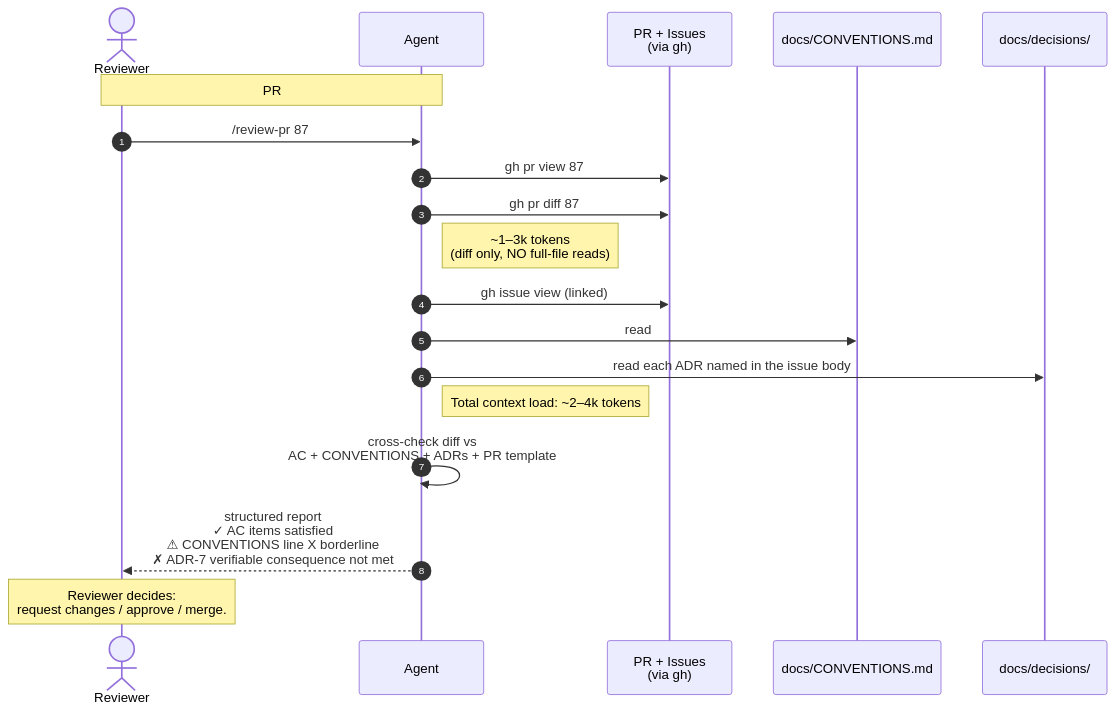
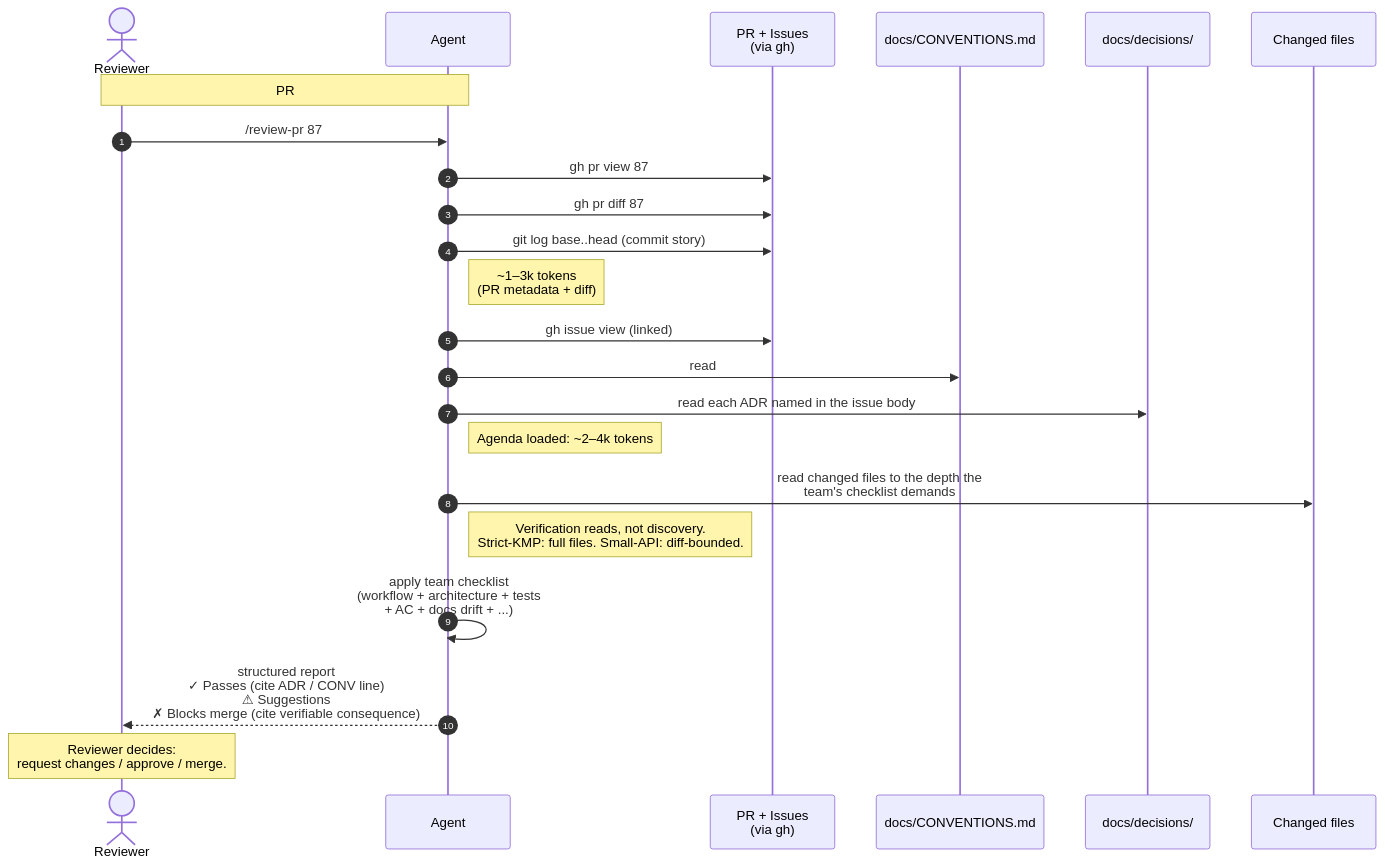
One commit to albertomarturelo/context-first-development changed the fifth of 5 diagrams in docs/session-flow.md. Above: the diagram before and after it, drawn with Mermaid. The commit also changed other lines of this file and 3 other files, not shown here.

````diff
--- a/docs/session-flow.md
+++ b/docs/session-flow.md
@@ -206,27 +208,32 @@
 ```mermaid
 sequenceDiagram
     autonumber
     actor R as Reviewer
     participant A as Agent
     participant ISS as PR + Issues<br/>(via gh)
     participant CONV as docs/CONVENTIONS.md
     participant ADRs as docs/decisions/
+    participant CODE as Changed files
 
     Note over R,A: PR #87 is open. Ready for review.
 
     R->>A: /review-pr 87
     A->>ISS: gh pr view 87
     A->>ISS: gh pr diff 87
-    Note right of A: ~1–3k tokens<br/>(diff only, NO full-file reads)
+    A->>ISS: git log base..head (commit story)
+    Note right of A: ~1–3k tokens<br/>(PR metadata + diff)
 
     A->>ISS: gh issue view (linked)
     A->>CONV: read
     A->>ADRs: read each ADR named in the issue body
-    Note right of A: Total context load: ~2–4k tokens
+    Note right of A: Agenda loaded: ~2–4k tokens
 
-    A->>A: cross-check diff vs<br/>AC + CONVENTIONS + ADRs + PR template
+    A->>CODE: read changed files to the depth the<br/>team's checklist demands
+    Note right of A: Verification reads, not discovery.<br/>Strict-KMP: full files. Small-API: diff-bounded.
 
-    A-->>R: structured report<br/>✓ AC items satisfied<br/>⚠ CONVENTIONS line X borderline<br/>✗ ADR-7 verifiable consequence not met
+    A->>A: apply team checklist<br/>(workflow + architecture + tests<br/>+ AC + docs drift + ...)
+
+    A-->>R: structured report<br/>✓ Passes (cite ADR / CONV line)<br/>⚠ Suggestions<br/>✗ Blocks merge (cite verifiable consequence)
 
     Note over R: Reviewer decides:<br/>request changes / approve / merge.
 ```
````
